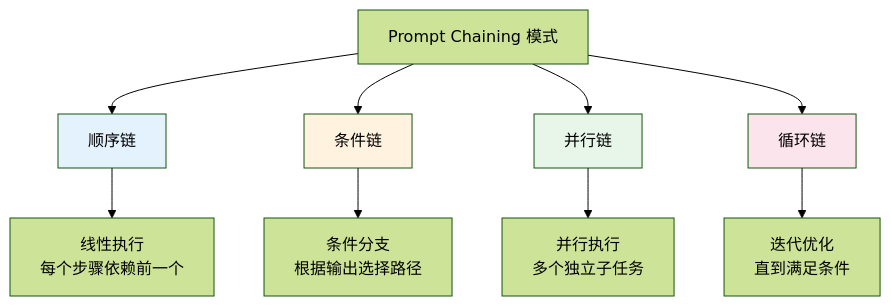
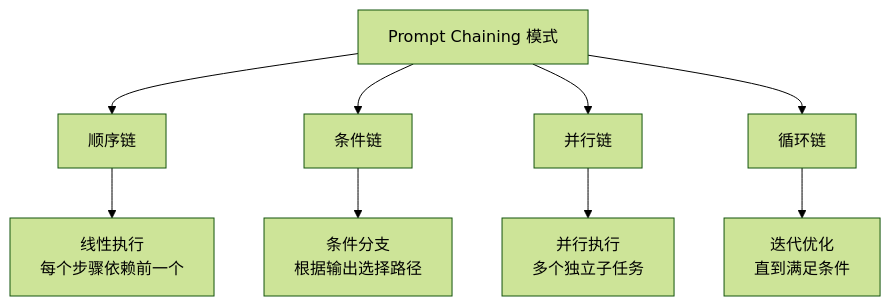
The third of 6 diagrams in 04-agents-tools-zh.md (yuexiaoliang/prompt-engineering-learning), drawn with Mermaid (forest theme) before and after one commit. The commit also changed other lines of this file and 9 other files, not shown here.

First line of the commit message:
fix(prompt-engineering): remove hardcoded mermaid fill styles for theme auto-adaptation

````diff
--- a/04-agents-tools-zh.md
+++ b/04-agents-tools-zh.md
@@ -269,17 +265,13 @@
 ```mermaid
 flowchart TD
     A[Prompt Chaining 模式] --> B[顺序链]
     A --> C[条件链]
     A --> D[并行链]
     A --> E[循环链]
 
     B --> B1[线性执行<br/>每个步骤依赖前一个]
     C --> C1[条件分支<br/>根据输出选择路径]
     D --> D1[并行执行<br/>多个独立子任务]
     E --> E1[迭代优化<br/>直到满足条件]
 
-    style B fill:#e3f2fd
-    style C fill:#fff3e0
-    style D fill:#e8f5e9
-    style E fill:#fce4ec
 ```
````
